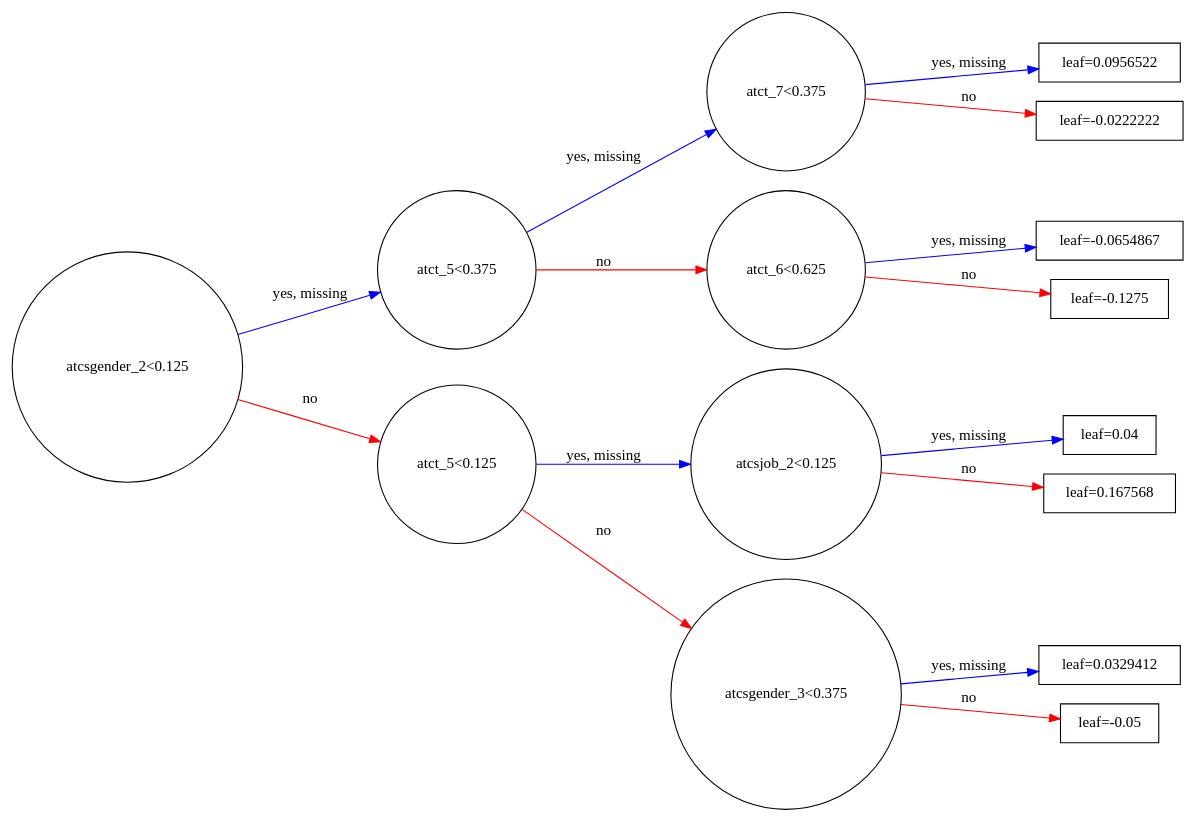
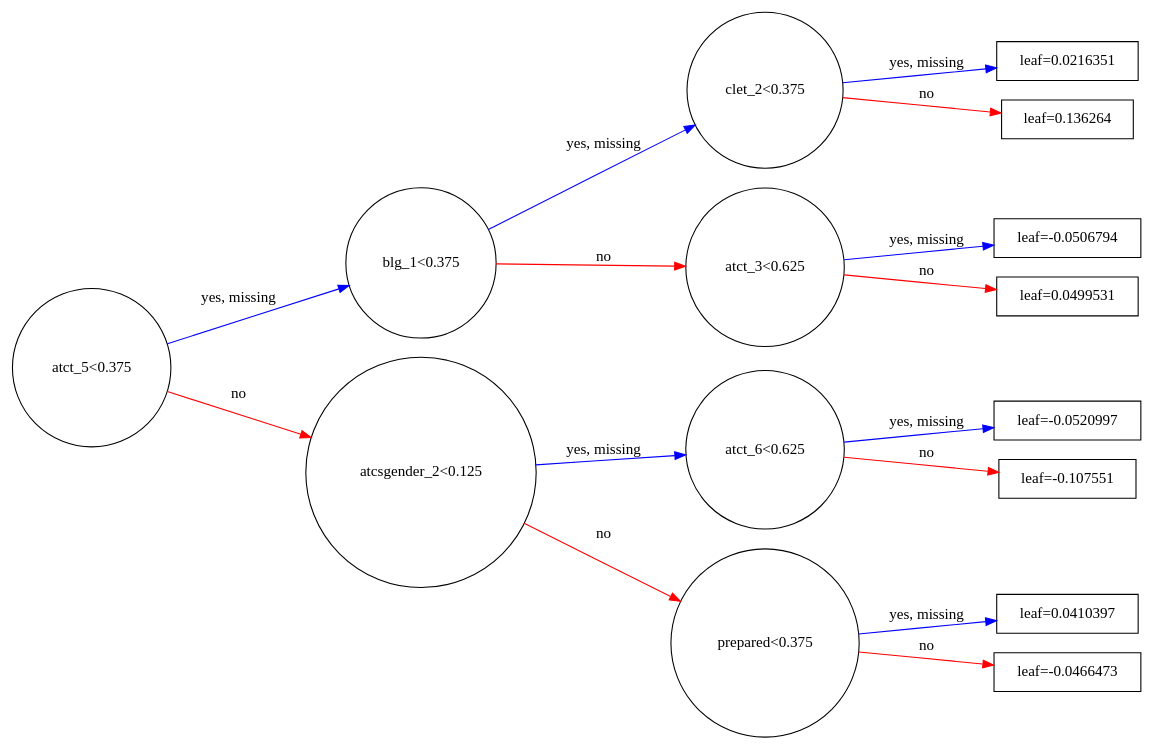
Before and after one commit to omoju/IntroCSExperiencePrediction: the diagram in report/figures/X_all_Reduced_graph.gv, drawn with Graphviz. The commit also changed 9 other files, not shown here.

```diff
--- a/report/figures/X_all_Reduced_graph.gv
+++ b/report/figures/X_all_Reduced_graph.gv
@@ -1,32 +1,32 @@
 digraph {
 	graph [rankdir=LR]
-		0 [label="atcsgender_2<0.125" shape=circle]
+		0 [label="atct_5<0.375" shape=circle]
 			0 -> 1 [label="yes, missing" color="#0000FF"]
 			0 -> 2 [label=no color="#FF0000"]
-		1 [label="atct_5<0.375" shape=circle]
+		1 [label="blg_1<0.375" shape=circle]
 			1 -> 3 [label="yes, missing" color="#0000FF"]
 			1 -> 4 [label=no color="#FF0000"]
-		3 [label="atct_7<0.375" shape=circle]
+		3 [label="clet_2<0.375" shape=circle]
 			3 -> 7 [label="yes, missing" color="#0000FF"]
 			3 -> 8 [label=no color="#FF0000"]
-		7 [label="leaf=0.0956522" shape=box]
-		8 [label="leaf=-0.0222222" shape=box]
-		4 [label="atct_6<0.625" shape=circle]
+		7 [label="leaf=0.0216351" shape=box]
+		8 [label="leaf=0.136264" shape=box]
+		4 [label="atct_3<0.625" shape=circle]
 			4 -> 9 [label="yes, missing" color="#0000FF"]
 			4 -> 10 [label=no color="#FF0000"]
-		9 [label="leaf=-0.0654867" shape=box]
-		10 [label="leaf=-0.1275" shape=box]
-		2 [label="atct_5<0.125" shape=circle]
+		9 [label="leaf=-0.0506794" shape=box]
+		10 [label="leaf=0.0499531" shape=box]
+		2 [label="atcsgender_2<0.125" shape=circle]
 			2 -> 5 [label="yes, missing" color="#0000FF"]
 			2 -> 6 [label=no color="#FF0000"]
-		5 [label="atcsjob_2<0.125" shape=circle]
+		5 [label="atct_6<0.625" shape=circle]
 			5 -> 11 [label="yes, missing" color="#0000FF"]
 			5 -> 12 [label=no color="#FF0000"]
-		11 [label="leaf=0.04" shape=box]
-		12 [label="leaf=0.167568" shape=box]
-		6 [label="atcsgender_3<0.375" shape=circle]
+		11 [label="leaf=-0.0520997" shape=box]
+		12 [label="leaf=-0.107551" shape=box]
+		6 [label="prepared<0.375" shape=circle]
 			6 -> 13 [label="yes, missing" color="#0000FF"]
 			6 -> 14 [label=no color="#FF0000"]
-		13 [label="leaf=0.0329412" shape=box]
-		14 [label="leaf=-0.05" shape=box]
+		13 [label="leaf=0.0410397" shape=box]
+		14 [label="leaf=-0.0466473" shape=box]
 }
```
